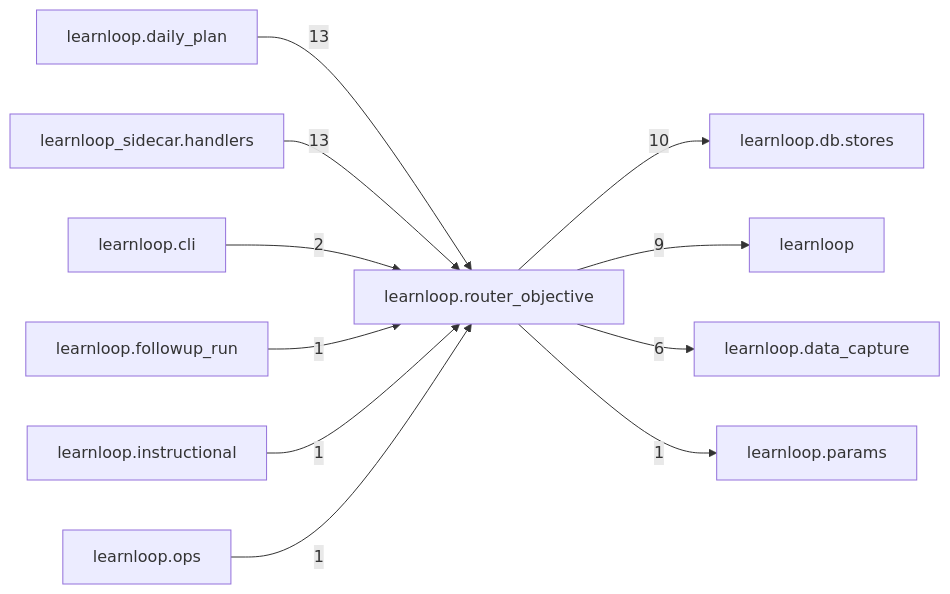
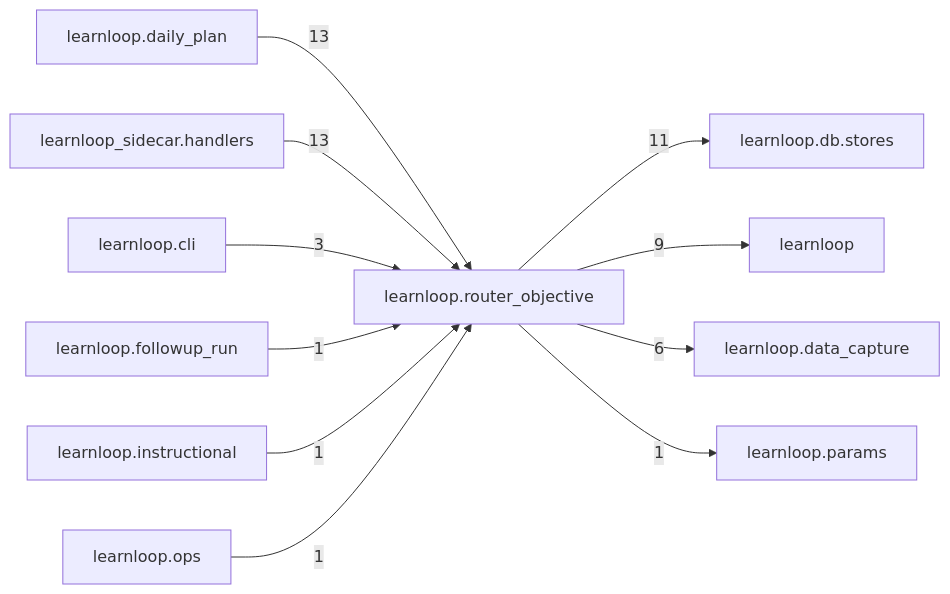
Before and after one commit to 6up-b/learnanything: the diagram in docs/learnloop-architecture-vault/Reference/Modules/learnloop/router_objective/_package.md, drawn with Mermaid. The commit also changed other lines of this file and 39 other files, not shown here.

````diff
--- a/docs/learnloop-architecture-vault/Reference/Modules/learnloop/router_objective/_package.md
+++ b/docs/learnloop-architecture-vault/Reference/Modules/learnloop/router_objective/_package.md
@@ -109,24 +111,24 @@
 ```mermaid
 flowchart LR
     center["learnloop.router_objective"]
     n_learnloop_daily_plan["learnloop.daily_plan"]
     n_learnloop_sidecar_handlers["learnloop_sidecar.handlers"]
     n_learnloop_db_stores["learnloop.db.stores"]
     n_learnloop["learnloop"]
     n_learnloop_data_capture["learnloop.data_capture"]
     n_learnloop_cli["learnloop.cli"]
     n_learnloop_followup_run["learnloop.followup_run"]
     n_learnloop_instructional["learnloop.instructional"]
     n_learnloop_ops["learnloop.ops"]
     n_learnloop_params["learnloop.params"]
     n_learnloop_daily_plan -->|13| center
     n_learnloop_sidecar_handlers -->|13| center
-    center -->|10| n_learnloop_db_stores
+    center -->|11| n_learnloop_db_stores
     center -->|9| n_learnloop
     center -->|6| n_learnloop_data_capture
-    n_learnloop_cli -->|2| center
+    n_learnloop_cli -->|3| center
     n_learnloop_followup_run -->|1| center
     n_learnloop_instructional -->|1| center
     n_learnloop_ops -->|1| center
     center -->|1| n_learnloop_params
 ```
````
